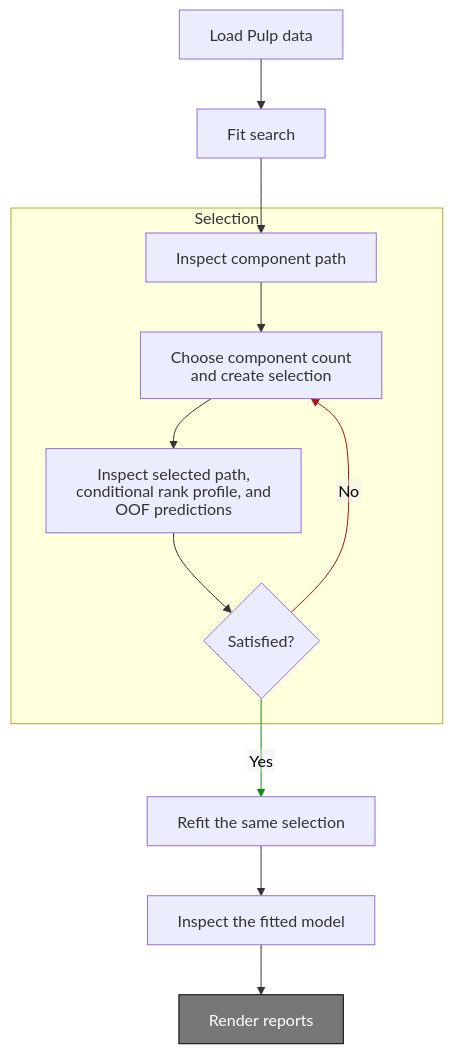
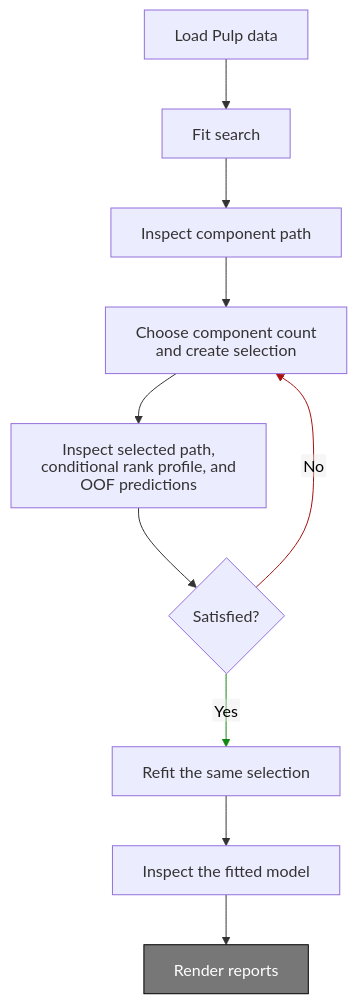
Before and after one commit to stefanlindstroem/pipls_private: the diagram in docs/tutorials/pulp.md, drawn with Mermaid. The commit also changed 13 other files, not shown here.

````diff
--- a/docs/tutorials/pulp.md
+++ b/docs/tutorials/pulp.md
@@ -14,24 +14,22 @@
 ```mermaid
 ---
 config:
   htmlLabels: false
 ---
 flowchart TD
     load["Load Pulp data"]
     search["Fit search"]
-    subgraph "Selection"
-      path["Inspect component path"]
-      select["Choose component count and create selection"]
-      review["Inspect selected path, conditional rank profile, and OOF predictions"]
-      decide{"Satisfied?"}
-    end
+    path["Inspect component path"]
+    select["Choose component count and create selection"]
+    review["Inspect selected path, conditional rank profile, and OOF predictions"]
+    decide{"Satisfied?"}
     refit["Refit the same selection"]
     analyze["Inspect the fitted model"]
     render["Render reports"]
 
     load --> search --> path --> select --> review --> decide -->|Yes| refit --> analyze --> render
     decide -->|No| select
     style render fill:#777,stroke:#000,color:#fff
     linkStyle 5 stroke:#181,color:black;
     linkStyle 8 stroke:#a11,color:black;
 ```
````
